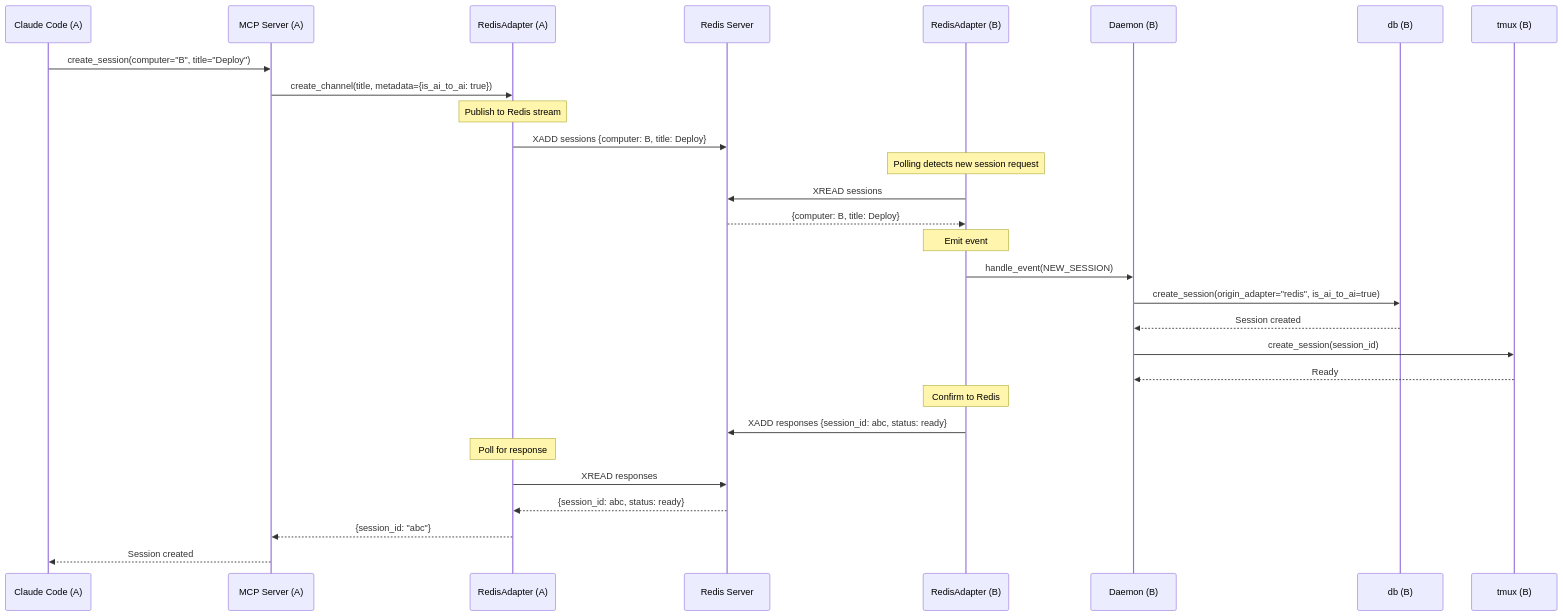
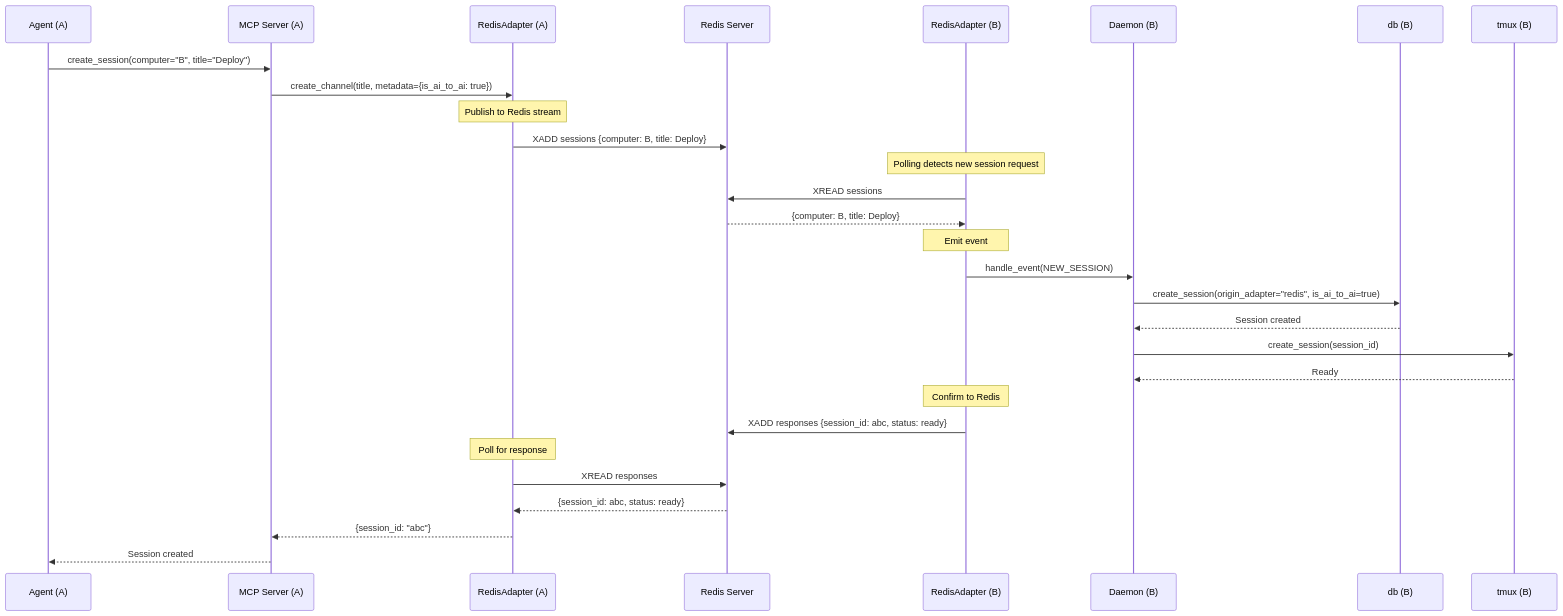
The sixth of 14 diagrams in docs/use_cases.md (InstruktAI/TeleClaude), drawn with Mermaid before and after one commit. The commit also changed other lines of this file and 11 other files, not shown here.

````diff
--- a/docs/use_cases.md
+++ b/docs/use_cases.md
@@ -311,39 +311,39 @@
 ```mermaid
 sequenceDiagram
-    participant AI as Claude Code (A)
+    participant AI as Agent (A)
     participant MCP_A as MCP Server (A)
     participant Redis_A as RedisAdapter (A)
     participant RedisDB as Redis Server
     participant Redis_B as RedisAdapter (B)
     participant Daemon_B as Daemon (B)
     participant DB_B as db (B)
     participant tmux_B as tmux (B)
 
     AI->>MCP_A: create_session(computer="B", title="Deploy")
     MCP_A->>Redis_A: create_channel(title, metadata={is_ai_to_ai: true})
 
     Note over Redis_A: Publish to Redis stream
     Redis_A->>RedisDB: XADD sessions {computer: B, title: Deploy}
 
     Note over Redis_B: Polling detects new session request
     Redis_B->>RedisDB: XREAD sessions
     RedisDB-->>Redis_B: {computer: B, title: Deploy}
 
     Note over Redis_B: Emit event
     Redis_B->>Daemon_B: handle_event(NEW_SESSION)
     Daemon_B->>DB_B: create_session(origin_adapter="redis", is_ai_to_ai=true)
     DB_B-->>Daemon_B: Session created
 
     Daemon_B->>tmux_B: create_session(session_id)
     tmux_B-->>Daemon_B: Ready
 
     Note over Redis_B: Confirm to Redis
     Redis_B->>RedisDB: XADD responses {session_id: abc, status: ready}
 
     Note over Redis_A: Poll for response
     Redis_A->>RedisDB: XREAD responses
     RedisDB-->>Redis_A: {session_id: abc, status: ready}
 
     Redis_A-->>MCP_A: {session_id: "abc"}
     MCP_A-->>AI: Session created
 ```
````
